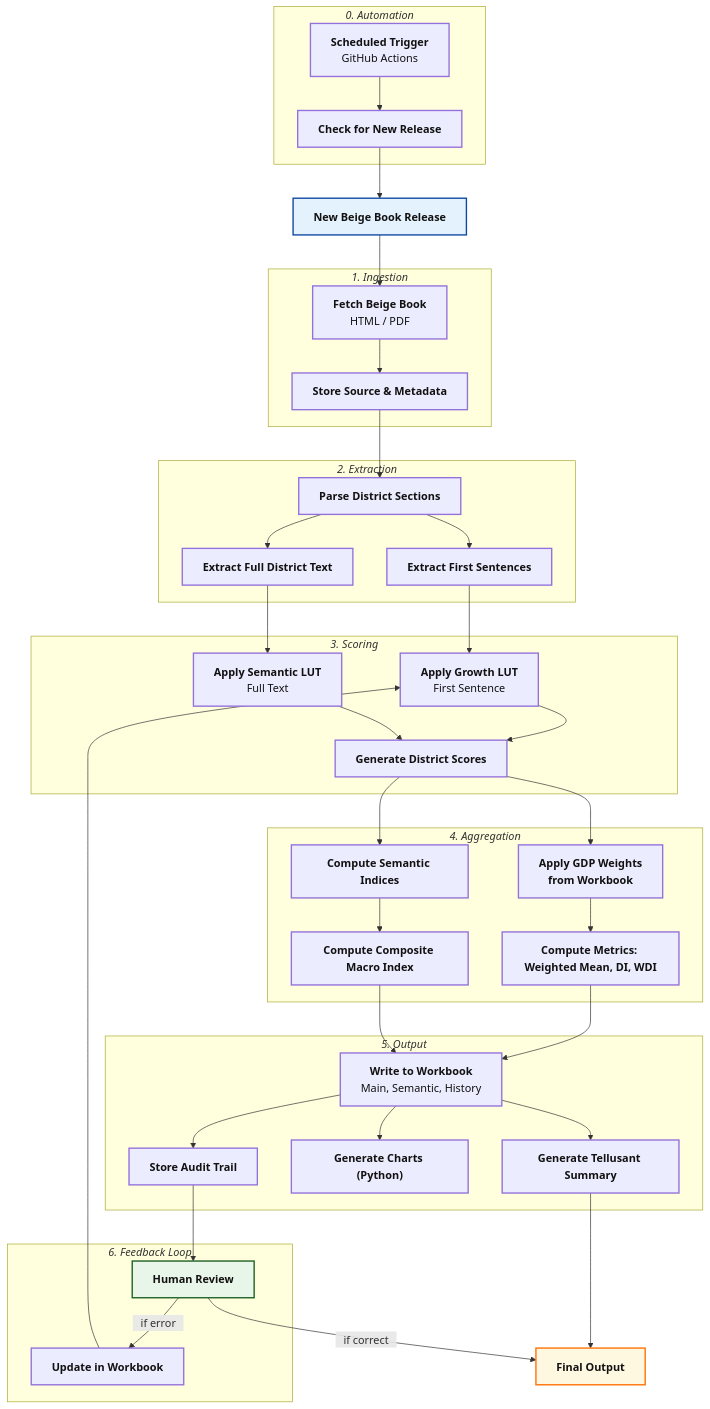
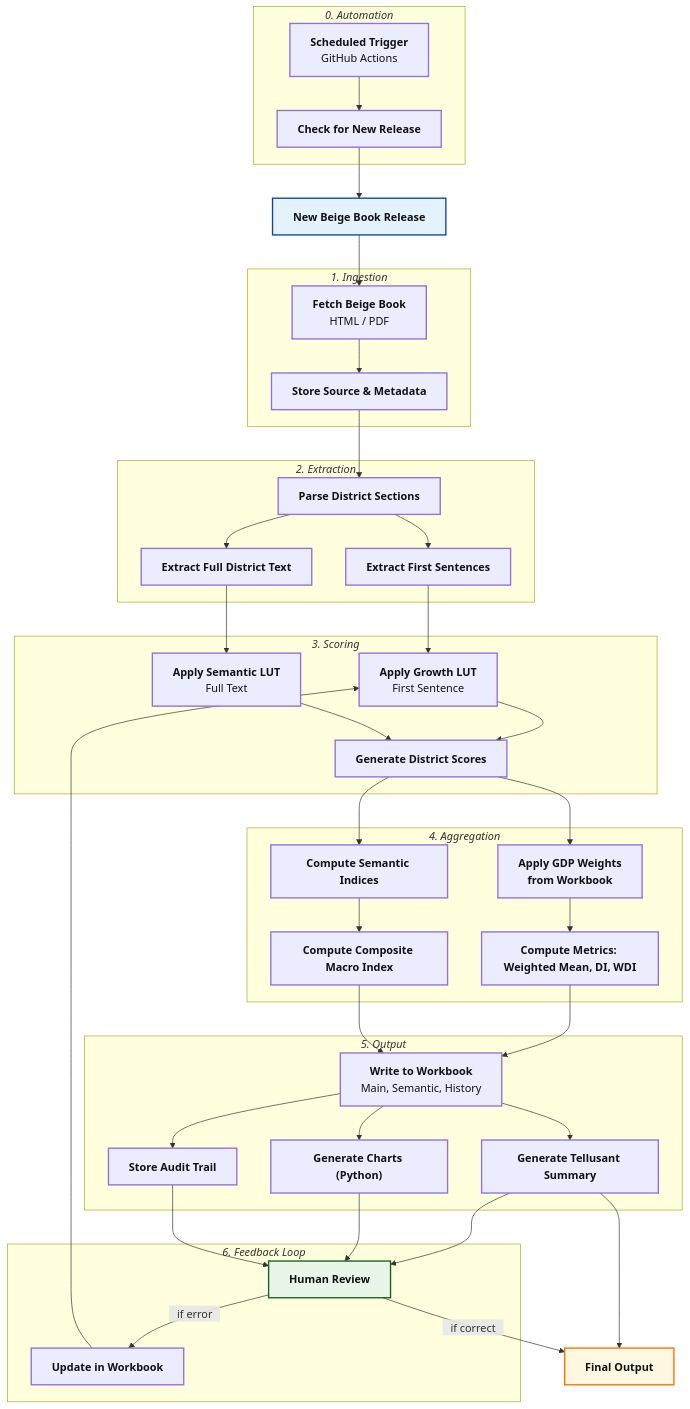
Before and after one commit to scanback/docs: the diagram in articles-posts/fedora.md, drawn with Mermaid.

```diff
--- a/articles-posts/fedora.md
+++ b/articles-posts/fedora.md
@@ -9,79 +9,83 @@
 <div class="mermaid">
 
 %%{init: {'themeVariables': { 'fontFamily': 'Arial'}}}%%
 
 flowchart TD
 
     A["`**New Beige Book Release**`"]:::blue
 
     subgraph S1["`*1. Ingestion*`"]
         B["`**Fetch Beige Book**<br/>HTML / PDF`"]:::base
         C["`**Store Source & Metadata**`"]:::base
     end
 
     subgraph S2["`*2. Extraction*`"]
         D["`**Parse District Sections**`"]:::base
         E["`**Extract First Sentences**`"]:::base
         F["`**Extract Full District Text**`"]:::base
     end
 
     subgraph S3["`*3. Scoring*`"]
         G["`**Apply Growth LUT**<br/>First Sentence`"]:::base
         H["`**Apply Semantic LUT**<br/>Full Text`"]:::base
         I["`**Generate District Scores**`"]:::base
     end
 
     subgraph S4["`*4. Aggregation*`"]
         J["`**Apply GDP Weights<br/>from Workbook**`"]:::base
         K["`**Compute Metrics: Weighted Mean, DI, WDI**`"]:::base
         L["`**Compute Semantic Indices**`"]:::base
         M["`**Compute Composite Macro Index**`"]:::base
     end
 
     subgraph S5["`*5. Output*`"]
         N["`**Write to Workbook**<br/>Main, Semantic, History`"]:::base
         O["`**Generate Tellusant Summary**`"]:::base
         P["`**Generate Charts (Python)**`"]:::base
         Q["`**Store Audit Trail**`"]:::base
     end
 
     subgraph S6["`*0. Automation*`"]
         R["`**Scheduled Trigger**<br/>GitHub Actions`"]:::base
         S["`**Check for New Release**`"]:::base
     end
 
     subgraph S7["`*6. Feedback Loop*`"]
         T["`**Human Review**`"]:::green
         U["`**Update in Workbook**`"]:::base
     end
 
         V["`**Final Output**`"]:::orange
         
     R --> S --> A
     A --> B --> C --> D --> E
     D --> F
     E --> G --> I
     F --> H --> I
     I --> J --> K
     I --> L --> M
     K --> N
     M --> N
     N --> O
     N --> P
     N --> Q
+
+    O --> T
+    P --> T
+    
     Q --> T -->|⠀if error⠀| U --> G
     T -->|⠀if correct⠀| V
     
     O --> V
 %% linkStyle 14 stroke:transparent,stroke-width:0;
 
 %% ========= STYLES =========
 classDef green   fill:#E8F5E9,stroke:#1B5E20,stroke-width:2px,color:#111;
 classDef blue    fill:#E3F2FD,stroke:#0D47A1,stroke-width:2px,color:#111;
 classDef orange  fill:#FFF8E1,stroke:#FF6F00,stroke-width:2px,color:#111;
 classDef red     fill:#FDECEA,stroke:#B71C1C,stroke-width:2px,color:#111;
 classDef grey    fill:#F5F5F5,stroke:#424242,stroke-width:2px,color:#111;
 classDef base    fill:#ECECFF,stroke:#9370DB,stroke-width:2px,color:#111;
 classDef clear   fill:transparent,stroke:transparent;
 
     </div>
```
